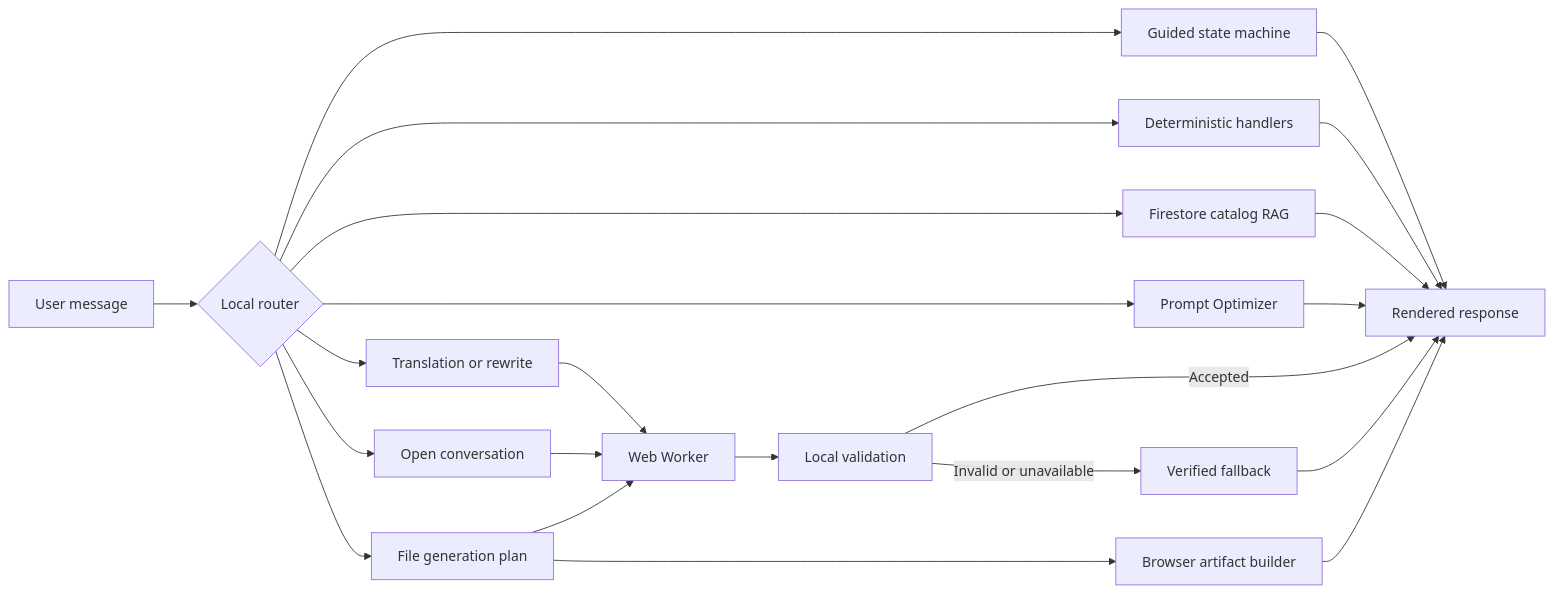
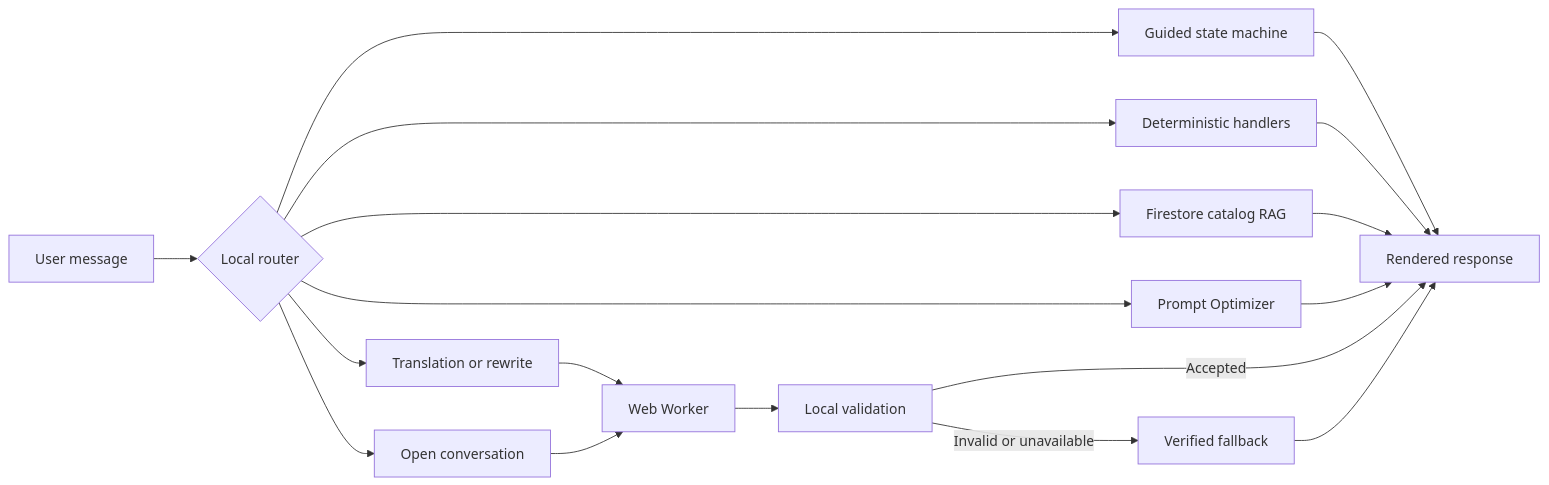
The diagram in AI-MODEL.md (riccardoponte/KODA-APP-MOBILE-NO-DEV-), drawn with Mermaid before and after one commit. The commit also changed other lines of this file and 7 other files, not shown here.

````diff
--- a/AI-MODEL.md
+++ b/AI-MODEL.md
@@ -19,24 +19,20 @@
 ```mermaid
 flowchart LR
     U[User message] --> R{Local router}
     R --> S[Guided state machine]
     R --> D[Deterministic handlers]
     R --> C[Firestore catalog RAG]
     R --> P[Prompt Optimizer]
     R --> T[Translation or rewrite]
     R --> G[Open conversation]
-    R --> F[File generation plan]
     S --> O
     D --> O[Rendered response]
     C --> O
     P --> O
     T --> W[Web Worker]
     G --> W
-    F --> W
     W --> V[Local validation]
     V -->|Accepted| O
     V -->|Invalid or unavailable| B[Verified fallback]
     B --> O
-    F --> A[Browser artifact builder]
-    A --> O
 ```
````
